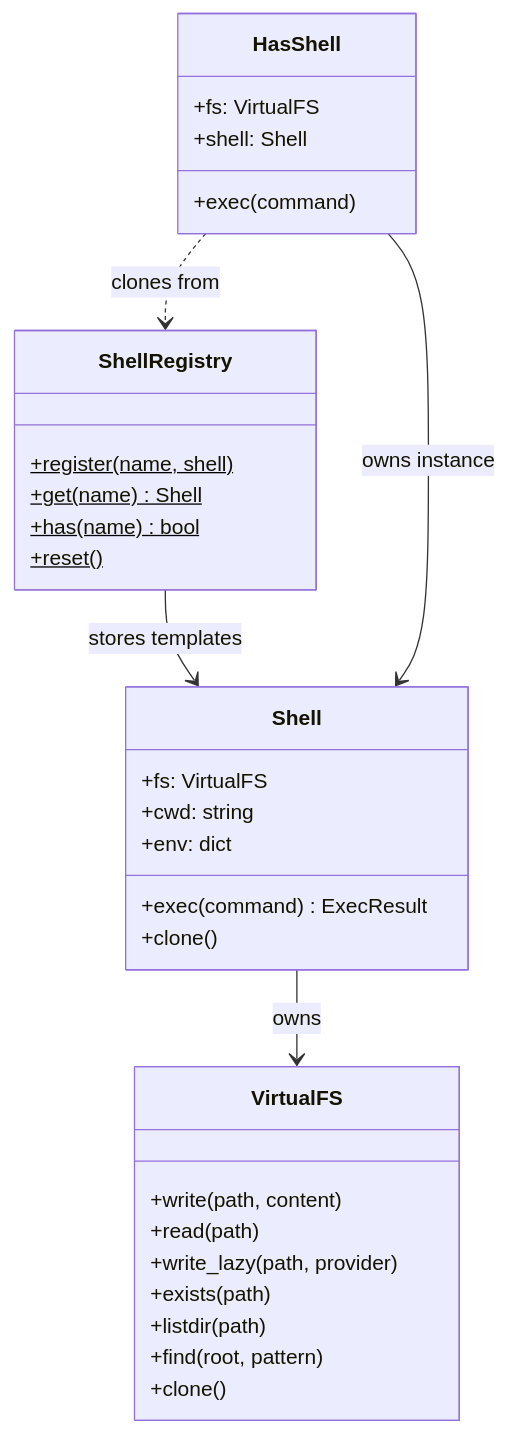
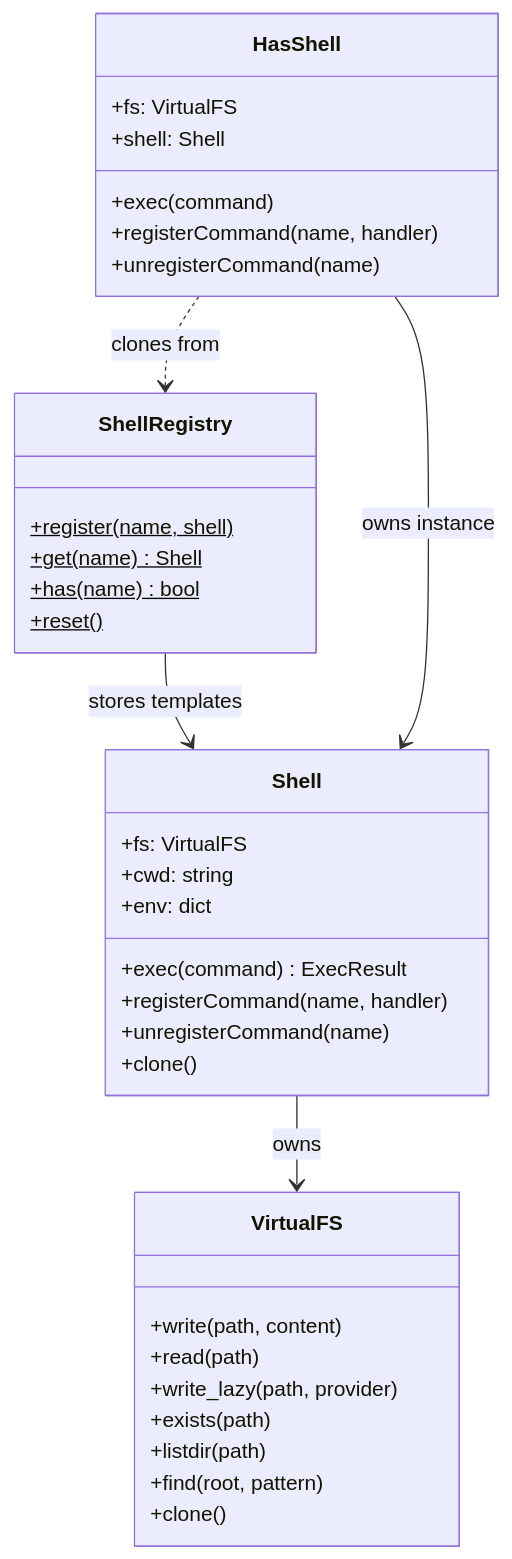
The fourth of 4 diagrams in docs/architecture.md (looksystems/playground-harness), drawn with Mermaid before and after one commit. The commit also changed other lines of this file and 19 other files, not shown here.

````diff
--- a/docs/architecture.md
+++ b/docs/architecture.md
@@ -146,34 +149,38 @@
 ```mermaid
 classDiagram
     class VirtualFS {
         +write(path, content)
         +read(path)
         +write_lazy(path, provider)
         +exists(path)
         +listdir(path)
         +find(root, pattern)
         +clone()
     }
     class Shell {
         +exec(command) ExecResult
+        +registerCommand(name, handler)
+        +unregisterCommand(name)
         +fs: VirtualFS
         +cwd: string
         +env: dict
         +clone()
     }
     class ShellRegistry {
         +register(name, shell)$
         +get(name) Shell$
         +has(name) bool$
         +reset()$
     }
     class HasShell {
         +fs: VirtualFS
         +shell: Shell
         +exec(command)
+        +registerCommand(name, handler)
+        +unregisterCommand(name)
     }
     Shell --> VirtualFS : owns
     ShellRegistry --> Shell : stores templates
     HasShell --> Shell : owns instance
     HasShell ..> ShellRegistry : clones from
 ```
````
